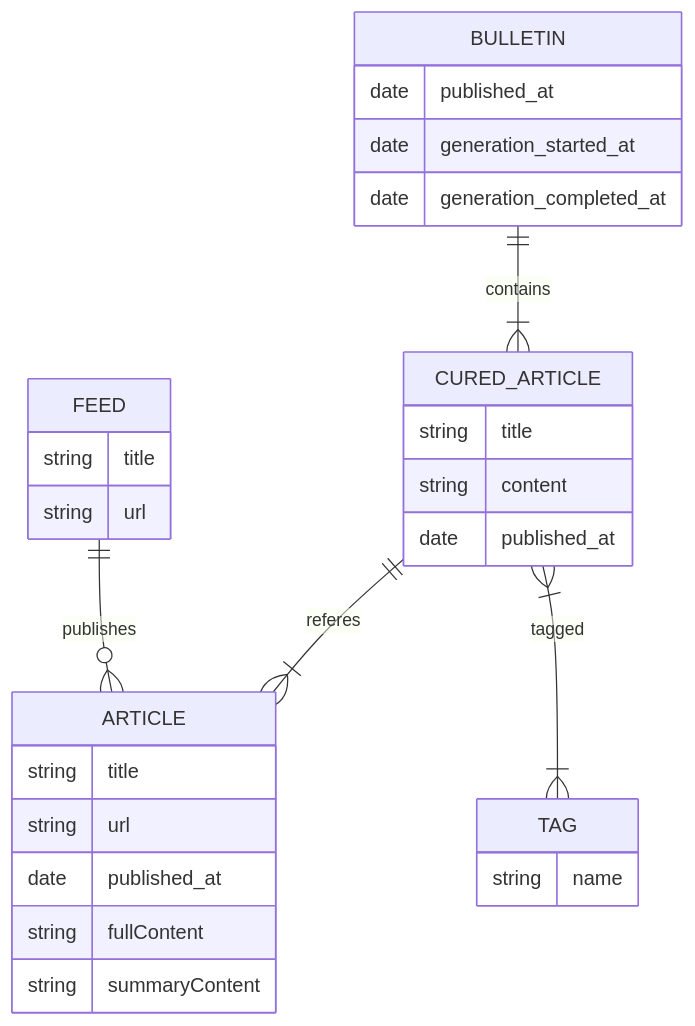
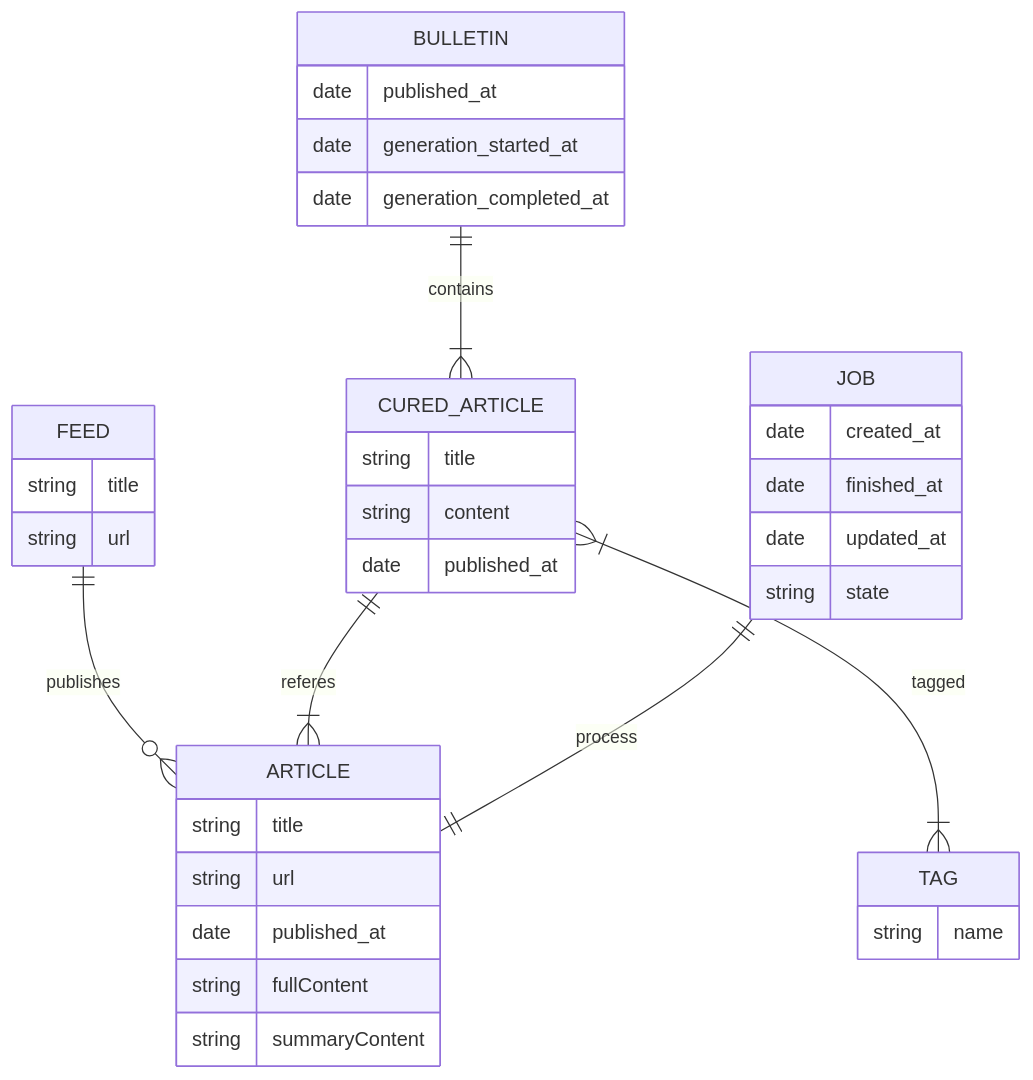
One commit to davidpoza/springboot-docker changed the diagram in readme.md. Above: the diagram before and after it, drawn with Mermaid. The commit also changed 8 other files, not shown here.

````diff
--- a/readme.md
+++ b/readme.md
@@ -1,36 +1,45 @@
 ```mermaid
 erDiagram
   FEED ||--o{ ARTICLE : publishes
   CURED_ARTICLE ||--|{ ARTICLE : referes
   CURED_ARTICLE }|--|{ TAG : tagged
   BULLETIN ||--|{ CURED_ARTICLE : contains
+  JOB ||--|| ARTICLE : process
+
 
   FEED {
     string title
     string url
   }
 
   ARTICLE {
     string title
     string url
     date published_at
     string fullContent
     string summaryContent
   }
 
   CURED_ARTICLE {
     string title
     string content
     date published_at
   }
 
   TAG {
     string name
   }
 
   BULLETIN {
     date published_at
     date generation_started_at
     date generation_completed_at
   }
+
+  JOB {
+    date created_at
+    date finished_at
+    date updated_at
+    string state
+  }
 ```
````
